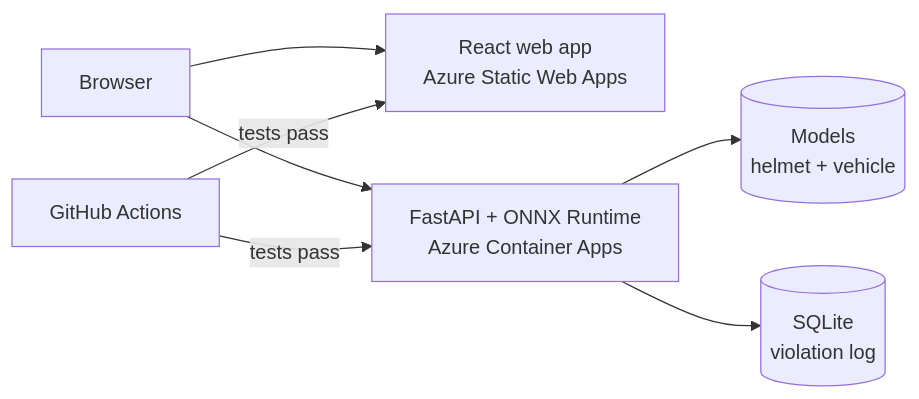
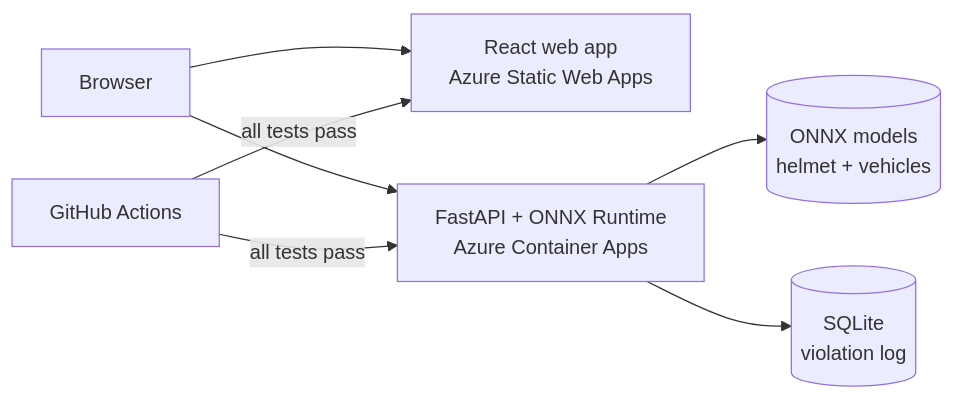
One commit to Md-Faiz-Alam/helmet-violation-detection changed the second of 2 diagrams in README.md. Above: the diagram before and after it, drawn with Mermaid. The commit also changed other lines of this file and 16 other files, not shown here.

````diff
--- a/README.md
+++ b/README.md
@@ -80,9 +91,9 @@
 ```mermaid
 flowchart LR
     U[Browser] --> W[React web app<br/>Azure Static Web Apps]
     U --> API[FastAPI + ONNX Runtime<br/>Azure Container Apps]
-    API --> M[(Models<br/>helmet + vehicle)]
+    API --> M[(ONNX models<br/>helmet + vehicles)]
     API --> L[(SQLite<br/>violation log)]
-    GH[GitHub Actions] -->|tests pass| API
-    GH -->|tests pass| W
+    GH[GitHub Actions] -->|all tests pass| API
+    GH -->|all tests pass| W
 ```
````
